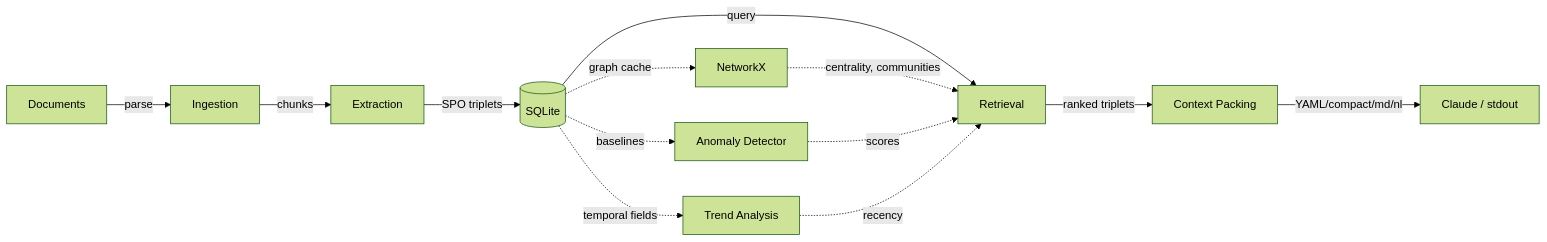
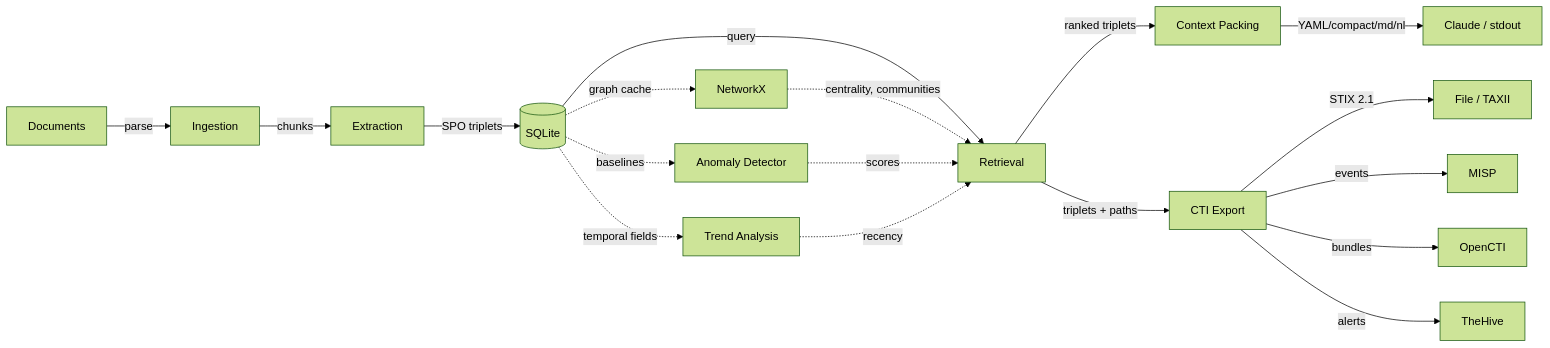
The diagram in docs/ARCHITECTURE.md (jeff-is-working/knowledge-graph-context-pipeline), drawn with Mermaid (forest theme) before and after one commit. The commit also changed other lines of this file and 3 other files, not shown here.

First line of the commit message:
Add CTI integration documentation and update architecture diagrams

````diff
--- a/docs/ARCHITECTURE.md
+++ b/docs/ARCHITECTURE.md
@@ -13,16 +13,22 @@
 ```mermaid
 graph LR
     A[Documents] -->|parse| B[Ingestion]
     B -->|chunks| C[Extraction]
     C -->|SPO triplets| D[(SQLite)]
     D -->|query| E[Retrieval]
     E -->|ranked triplets| F[Context Packing]
     F -->|YAML/compact/md/nl| G[Claude / stdout]
 
     D -.->|graph cache| H[NetworkX]
     H -.->|centrality, communities| E
     D -.->|baselines| I[Anomaly Detector]
     I -.->|scores| E
     D -.->|temporal fields| J[Trend Analysis]
     J -.->|recency| E
+
+    E -->|triplets + paths| K[CTI Export]
+    K -->|STIX 2.1| L[File / TAXII]
+    K -->|events| M[MISP]
+    K -->|bundles| N[OpenCTI]
+    K -->|alerts| O[TheHive]
 ```
````
